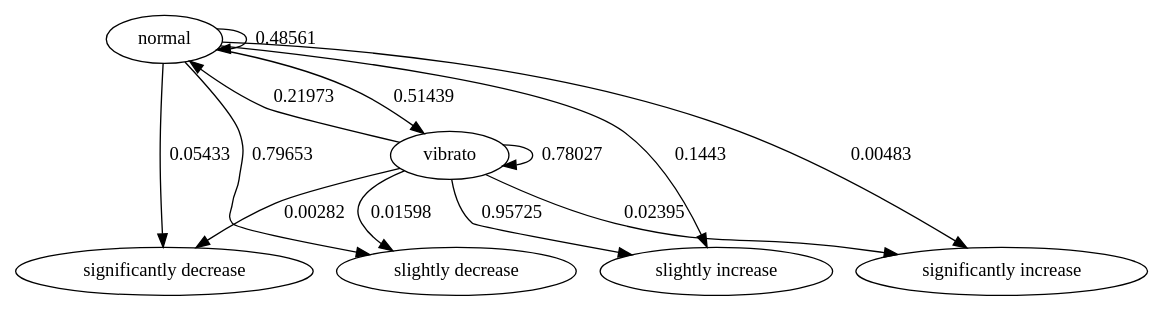
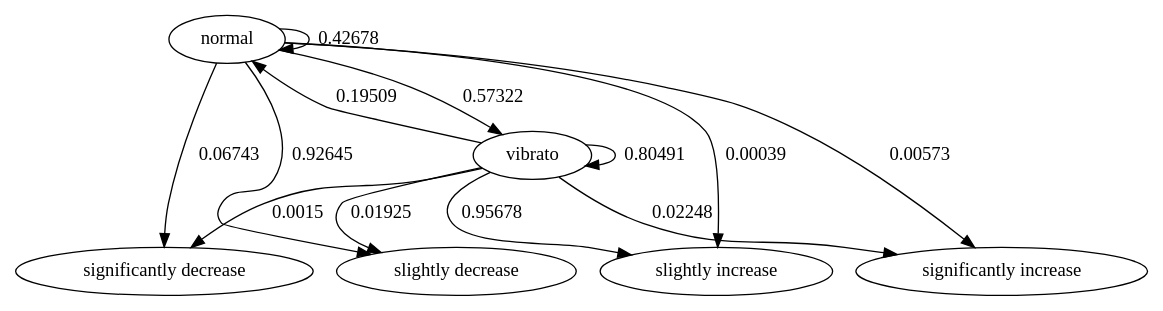
Before and after one commit to yayachen/Tempo_Loudness_Space: the diagram in hmm/pet_dog_hidden_markov.dot, drawn with Graphviz. The commit also changed 10 other files, not shown here.

```diff
--- a/hmm/pet_dog_hidden_markov.dot
+++ b/hmm/pet_dog_hidden_markov.dot
@@ -1,20 +1,20 @@
 digraph "" {
 normal;
 vibrato;
 "significantly decrease";
 "slightly decrease";
 "slightly increase";
 "significantly increase";
-normal -> normal  [key=0, label="0.48561", weight="0.48561"];
-normal -> vibrato  [key=0, label="0.51439", weight="0.51439"];
-normal -> "significantly decrease"  [key=0, label="0.05433", weight="0.05433"];
-normal -> "slightly decrease"  [key=0, label="0.79653", weight="0.79653"];
-normal -> "slightly increase"  [key=0, label="0.1443", weight="0.1443"];
-normal -> "significantly increase"  [key=0, label="0.00483", weight="0.00483"];
-vibrato -> normal  [key=0, label="0.21973", weight="0.21973"];
-vibrato -> vibrato  [key=0, label="0.78027", weight="0.78027"];
-vibrato -> "significantly decrease"  [key=0, label="0.00282", weight="0.00282"];
-vibrato -> "slightly decrease"  [key=0, label="0.01598", weight="0.01598"];
-vibrato -> "slightly increase"  [key=0, label="0.95725", weight="0.95725"];
-vibrato -> "significantly increase"  [key=0, label="0.02395", weight="0.02395"];
+normal -> normal  [key=0, label="0.42678", weight="0.42678"];
+normal -> vibrato  [key=0, label="0.57322", weight="0.57322"];
+normal -> "significantly decrease"  [key=0, label="0.06743", weight="0.06743"];
+normal -> "slightly decrease"  [key=0, label="0.92645", weight="0.92645"];
+normal -> "slightly increase"  [key=0, label="0.00039", weight="0.00039"];
+normal -> "significantly increase"  [key=0, label="0.00573", weight="0.00573"];
+vibrato -> normal  [key=0, label="0.19509", weight="0.19509"];
+vibrato -> vibrato  [key=0, label="0.80491", weight="0.80491"];
+vibrato -> "significantly decrease"  [key=0, label="0.0015", weight="0.0015"];
+vibrato -> "slightly decrease"  [key=0, label="0.01925", weight="0.01925"];
+vibrato -> "slightly increase"  [key=0, label="0.95678", weight="0.95678"];
+vibrato -> "significantly increase"  [key=0, label="0.02248", weight="0.02248"];
 }
```
